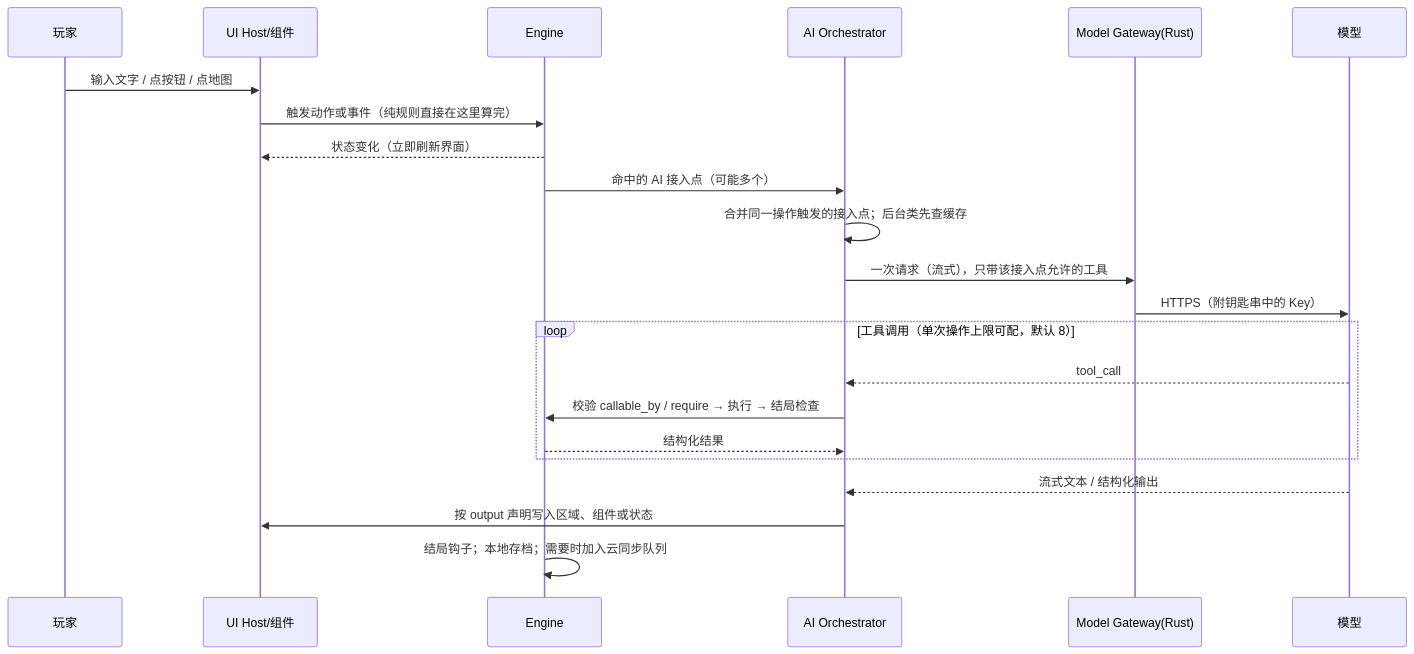
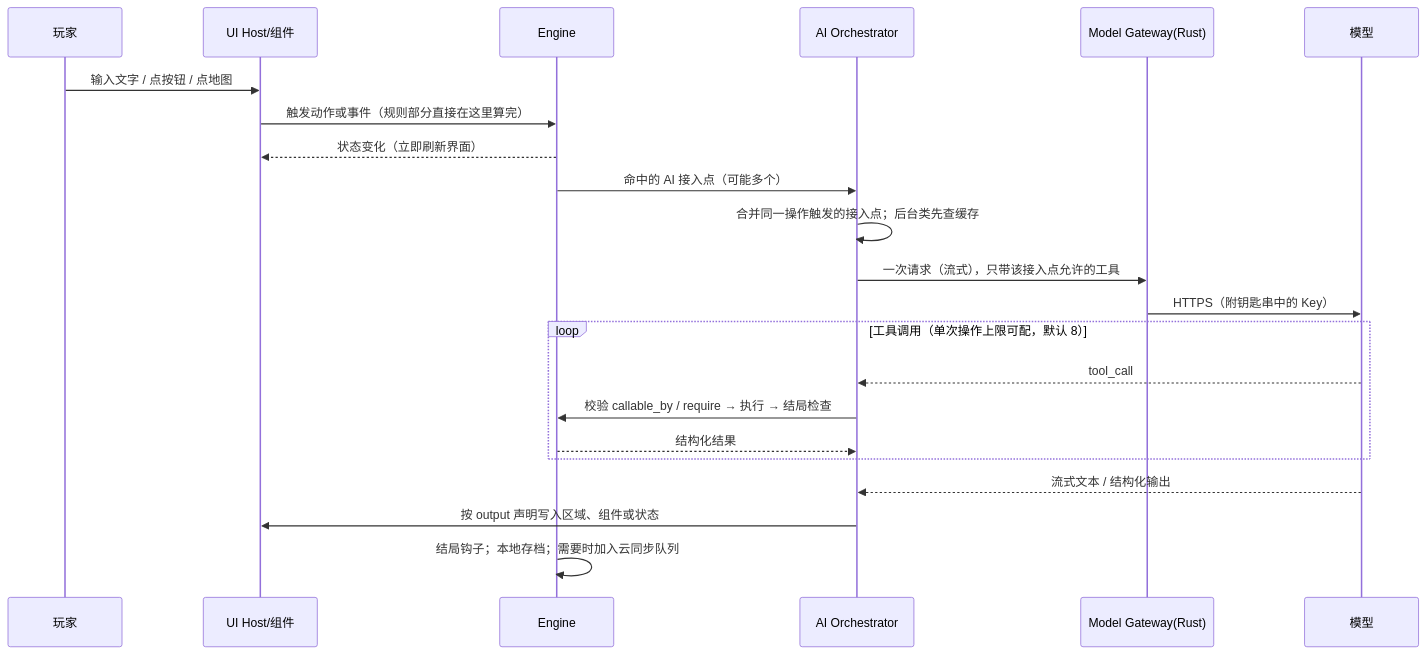
One commit to muoushikoma/my-oasis changed the second of 2 diagrams in docs/architecture.md. Above: the diagram before and after it, drawn with Mermaid. The commit also changed other lines of this file and 22 other files, not shown here.

````diff
--- a/docs/architecture.md
+++ b/docs/architecture.md
@@ -73,24 +73,24 @@
 ```mermaid
 sequenceDiagram
   participant U as 玩家
   participant UI as UI Host/组件
   participant E as Engine
   participant O as AI Orchestrator
   participant G as Model Gateway(Rust)
   participant L as 模型
   U->>UI: 输入文字 / 点按钮 / 点地图
-  UI->>E: 触发动作或事件（纯规则直接在这里算完）
+  UI->>E: 触发动作或事件（规则部分直接在这里算完）
   E-->>UI: 状态变化（立即刷新界面）
   E->>O: 命中的 AI 接入点（可能多个）
   O->>O: 合并同一操作触发的接入点；后台类先查缓存
   O->>G: 一次请求（流式），只带该接入点允许的工具
   G->>L: HTTPS（附钥匙串中的 Key）
   loop 工具调用（单次操作上限可配，默认 8）
     L-->>O: tool_call
     O->>E: 校验 callable_by / require → 执行 → 结局检查
     E-->>O: 结构化结果
   end
   L-->>O: 流式文本 / 结构化输出
   O->>UI: 按 output 声明写入区域、组件或状态
   E->>E: 结局钩子；本地存档；需要时加入云同步队列
 ```
````
